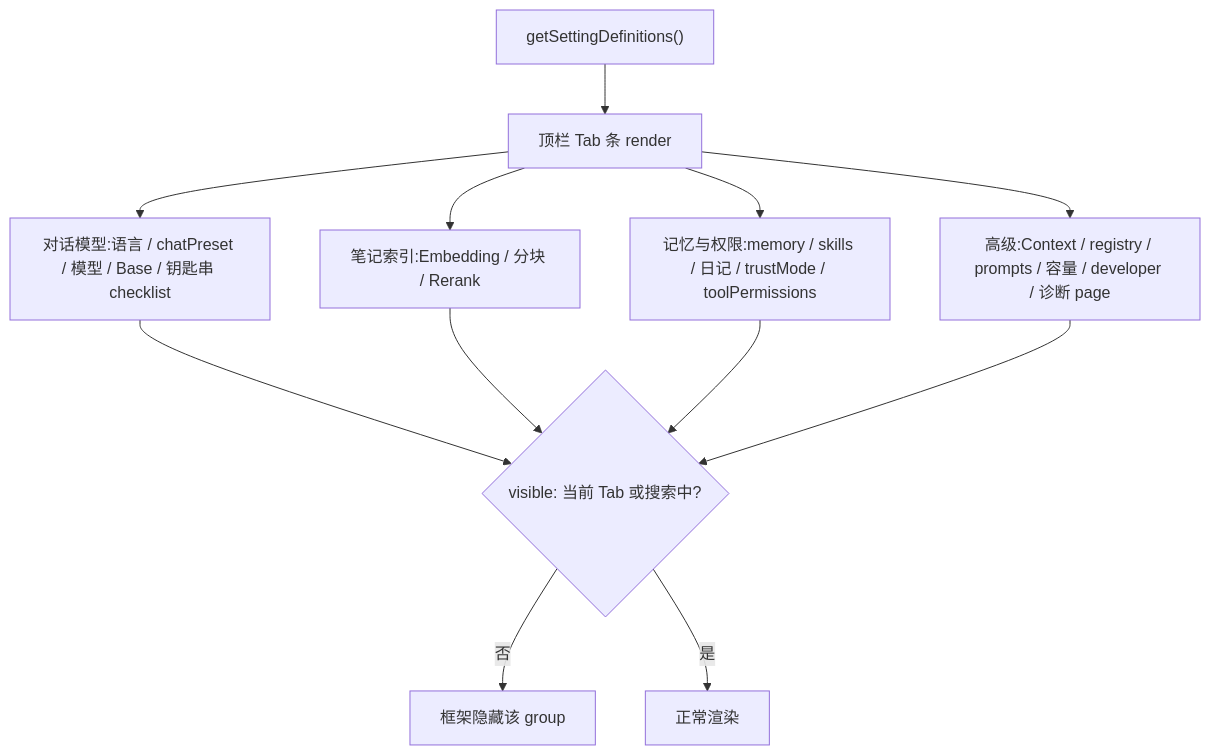
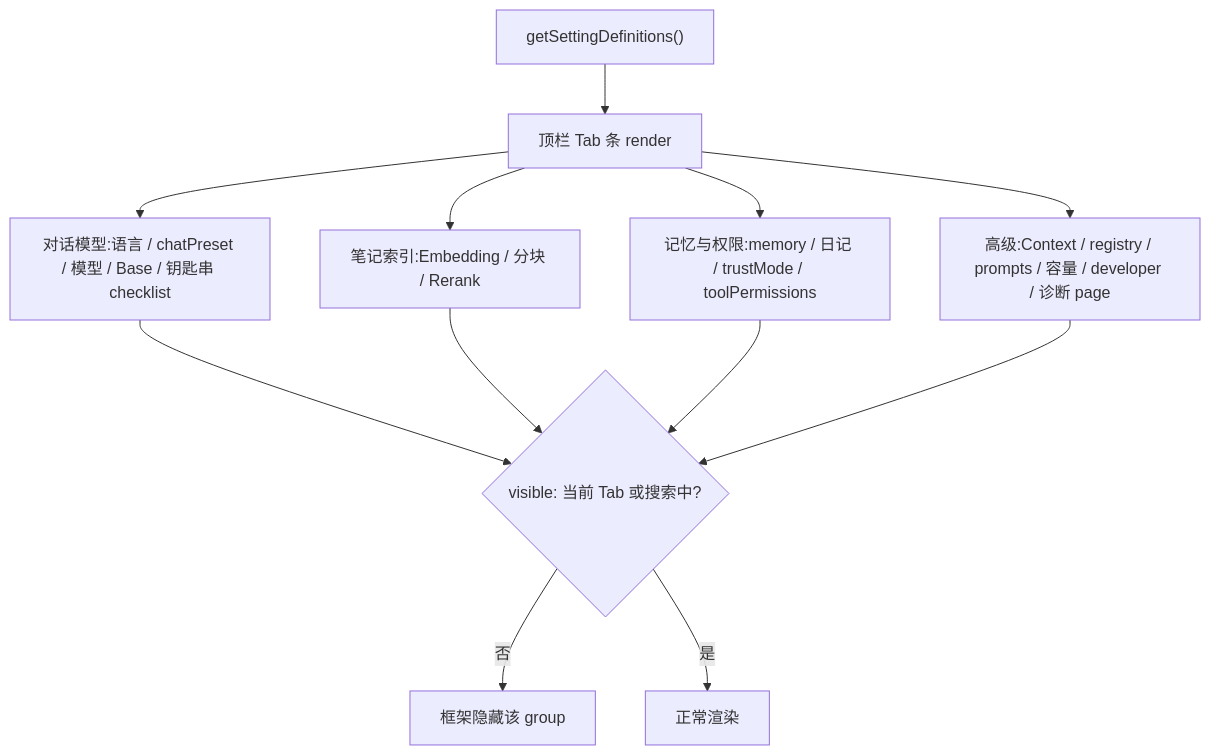
One commit to golddream-y/obsidian-ratel changed the second of 3 diagrams in docs/architecture/host/settings.md. Above: the diagram before and after it, drawn with Mermaid. The commit also changed other lines of this file and 36 other files, not shown here.

````diff
--- a/docs/architecture/host/settings.md
+++ b/docs/architecture/host/settings.md
@@ -197,14 +197,14 @@
 ```mermaid
 flowchart TB
     START["getSettingDefinitions()"] --> STRIP["顶栏 Tab 条 render"]
     STRIP --> CHAT["对话模型:语言 / chatPreset / 模型 / Base / 钥匙串 checklist"]
     STRIP --> IDX["笔记索引:Embedding / 分块 / Rerank"]
-    STRIP --> AGENT["记忆与权限:memory / skills / 日记 / trustMode / toolPermissions"]
+    STRIP --> AGENT["记忆与权限:memory / 日记 / trustMode / toolPermissions"]
     STRIP --> ADV["高级:Context / registry / prompts / 容量 / developer / 诊断 page"]
     CHAT --> VIS{"visible: 当前 Tab 或搜索中?"}
     IDX --> VIS
     AGENT --> VIS
     ADV --> VIS
     VIS -->|"否"| HIDE["框架隐藏该 group"]
     VIS -->|"是"| SHOW["正常渲染"]
 ```
````
